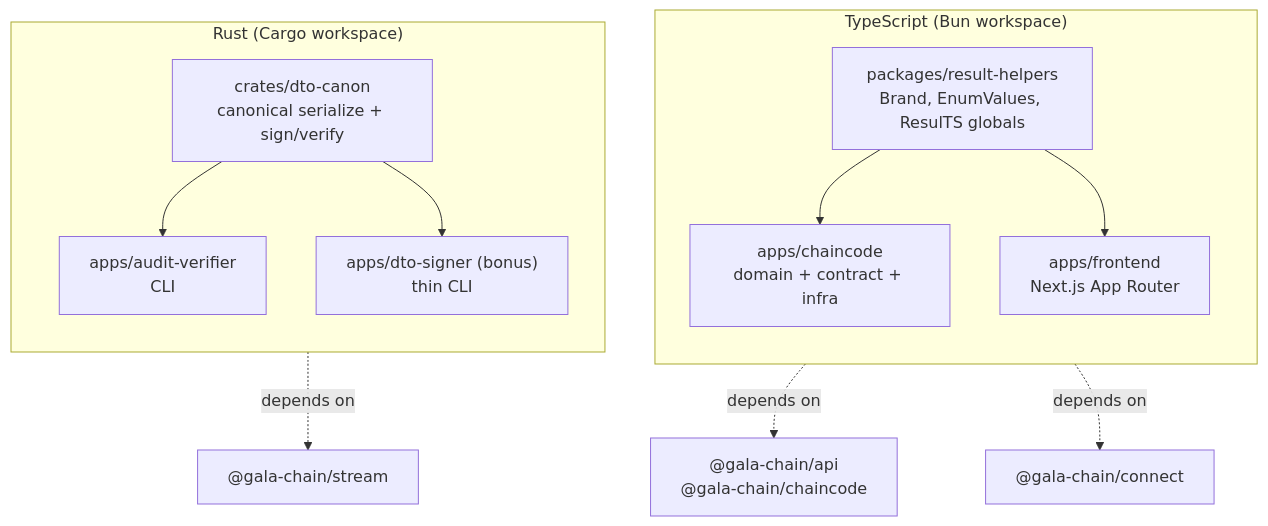
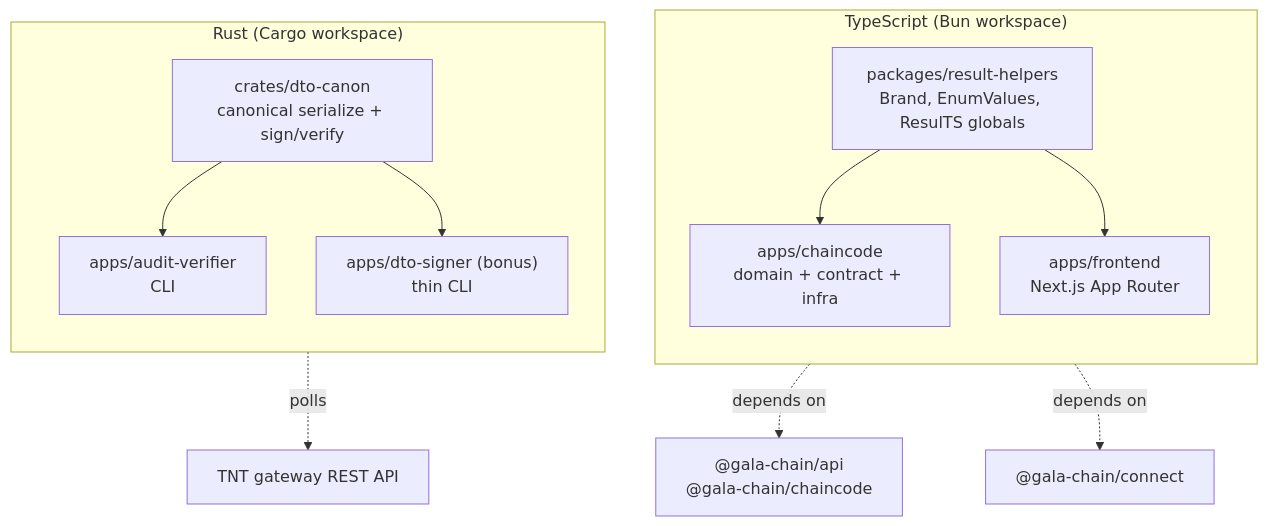
The third of 3 diagrams in docs/sad.md (JohnnyCarreiro/gala-audit-trail-showcase), drawn with Mermaid before and after one commit. The commit also changed other lines of this file and 6 other files, not shown here.

````diff
--- a/docs/sad.md
+++ b/docs/sad.md
@@ -68,24 +68,24 @@
 ```mermaid
 flowchart TB
   subgraph TS_Workspace["TypeScript (Bun workspace)"]
     direction TB
     Helpers["packages/result-helpers<br/>Brand, EnumValues, ResulTS globals"]
     Chaincode["apps/chaincode<br/>domain + contract + infra"]
     Frontend["apps/frontend<br/>Next.js App Router"]
     Helpers --> Chaincode
     Helpers --> Frontend
   end
 
   subgraph Rust_Workspace["Rust (Cargo workspace)"]
     direction TB
     DtoCanon["crates/dto-canon<br/>canonical serialize + sign/verify"]
     Verifier["apps/audit-verifier<br/>CLI"]
     Signer["apps/dto-signer (bonus)<br/>thin CLI"]
     DtoCanon --> Verifier
     DtoCanon --> Signer
   end
 
   Chaincode -. depends on .-> SDK["@gala-chain/api<br/>@gala-chain/chaincode"]
   Frontend -. depends on .-> Connect["@gala-chain/connect"]
-  Verifier -. depends on .-> Stream["@gala-chain/stream"]
+  Verifier -. polls .-> Gateway["TNT gateway REST API"]
 ```
````
